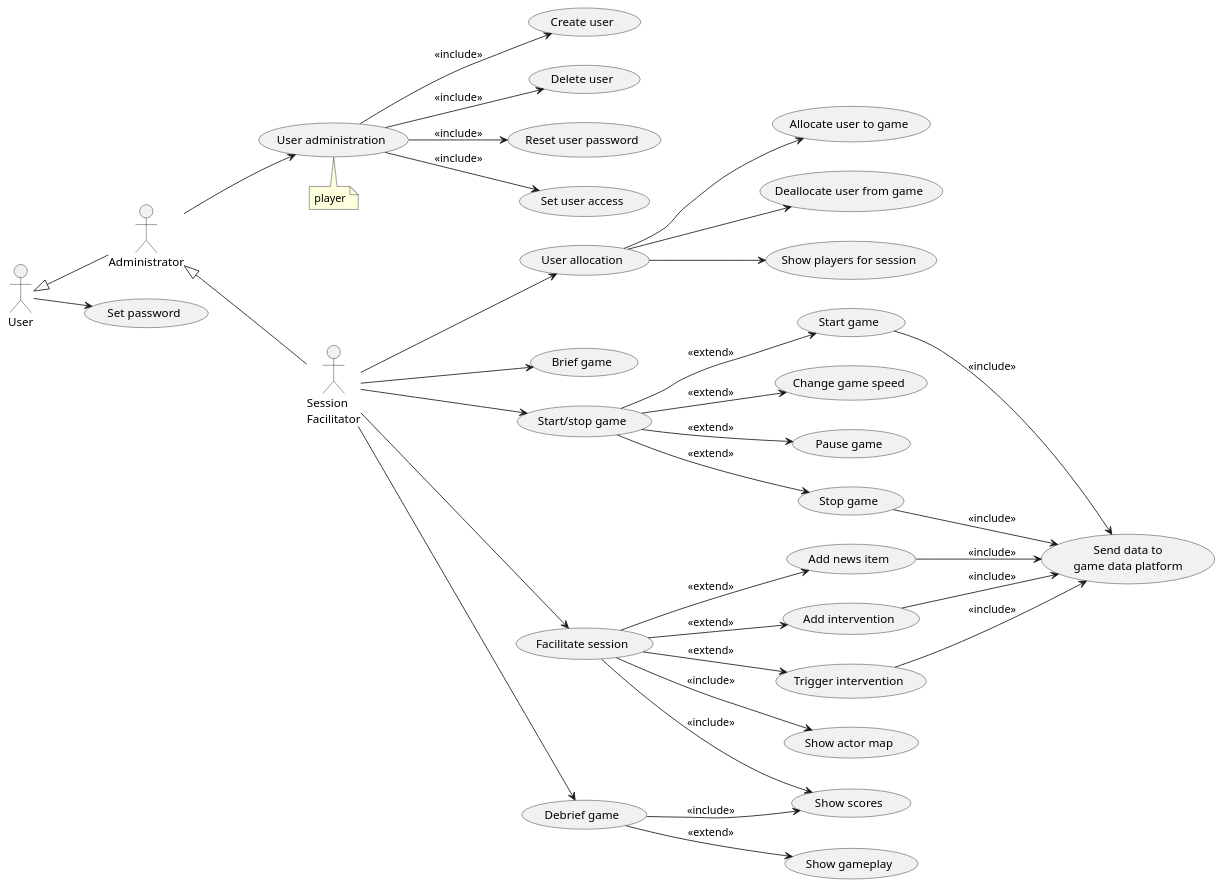
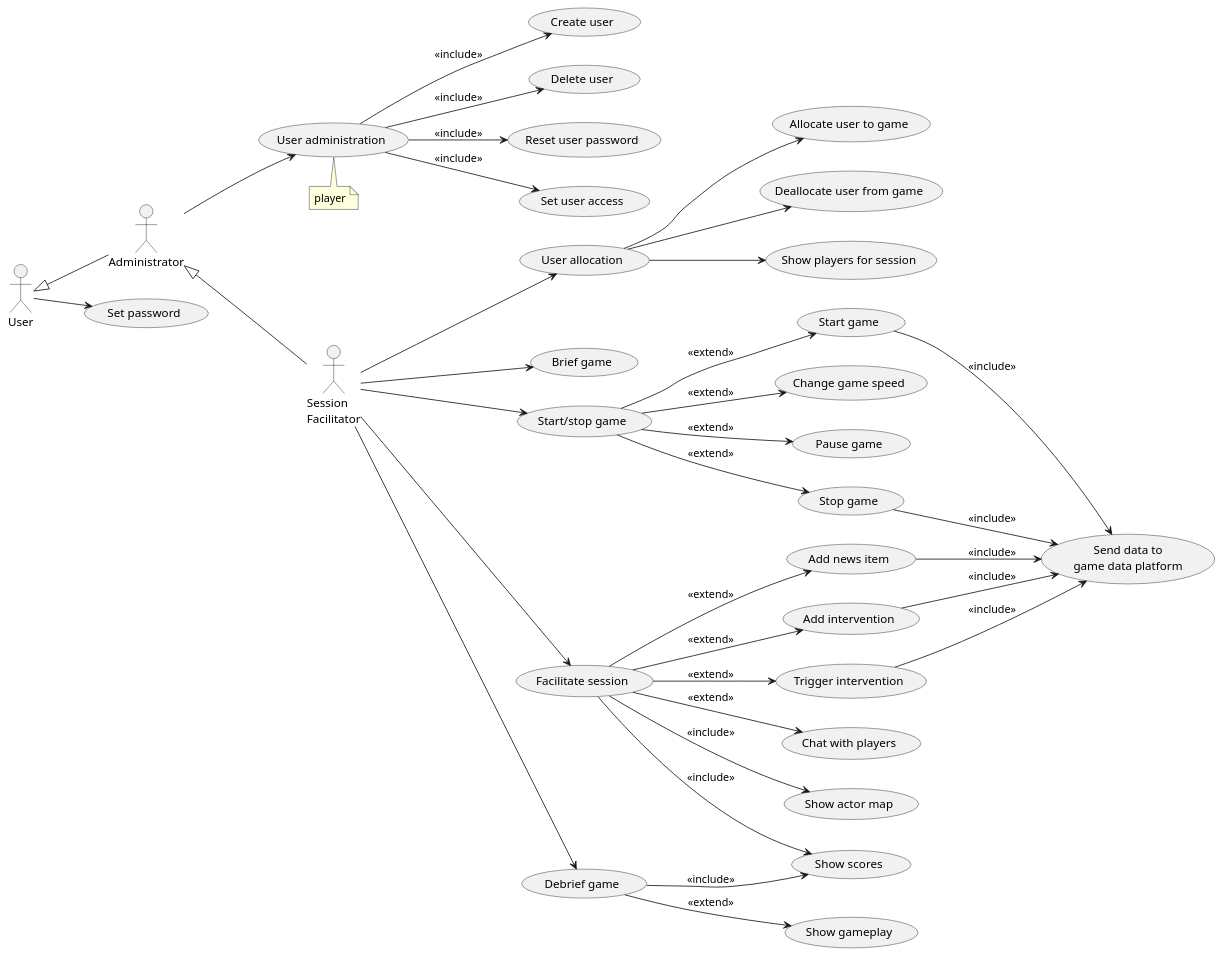
The diagram in doc/1-use-cases/diagrams/session-facilitation.puml (averbraeck/gscg-design), drawn with PlantUML before and after one commit. The commit also changed 3 other files, not shown here.

Commit message:
Issue #7. Add chat function for facilitator and for the players

```diff
--- a/doc/1-use-cases/diagrams/session-facilitation.puml
+++ b/doc/1-use-cases/diagrams/session-facilitation.puml
@@ -1,50 +1,51 @@
 @startuml
 left to right direction
 
 "Session\nFacilitator" as SF
 User <|-- Administrator
 Administrator <|-- SF
 
 User --> (Set password)
 
 Administrator --> (User administration)
 note bottom
   player
 end note
 
 (User administration) --> (Create user) : << include >>
 (User administration) --> (Delete user) : << include >>
 (User administration) --> (Reset user password) : << include >>
 (User administration) --> (Set user access) : << include >>
 
 SF --> (User allocation)
 (User allocation) --> (Allocate user to game)
 (User allocation) --> (Deallocate user from game)
 (User allocation) --> (Show players for session)
 
 SF --> (Brief game)
 
 SF --> (Start/stop game)
 (Start/stop game) --> (Start game) : << extend >>
 (Start/stop game) --> (Change game speed) : << extend >>
 (Start/stop game) --> (Pause game) : << extend >>
 (Start/stop game) --> (Stop game) : << extend >>
 
 SF --> (Facilitate session)
 (Facilitate session) --> (Add news item) : << extend >>
 (Facilitate session) --> (Add intervention) : << extend >>
 (Facilitate session) --> (Trigger intervention) : << extend >>
+(Facilitate session) --> (Chat with players) : << extend >>
 (Facilitate session) --> (Show actor map) : << include >>
 (Facilitate session) --> (Show scores) : << include >>
 
 (Start game) --> (Send data to\ngame data platform) : << include >>
 (Add news item) --> (Send data to\ngame data platform) : << include >>
 (Add intervention) --> (Send data to\ngame data platform) : << include >>
 (Trigger intervention) --> (Send data to\ngame data platform) : << include >>
 (Stop game) --> (Send data to\ngame data platform) : << include >>
 
 SF --> (Debrief game)
 (Debrief game) --> (Show scores) : << include >>
 (Debrief game) --> (Show gameplay) : << extend >>
 
 @enduml
```
